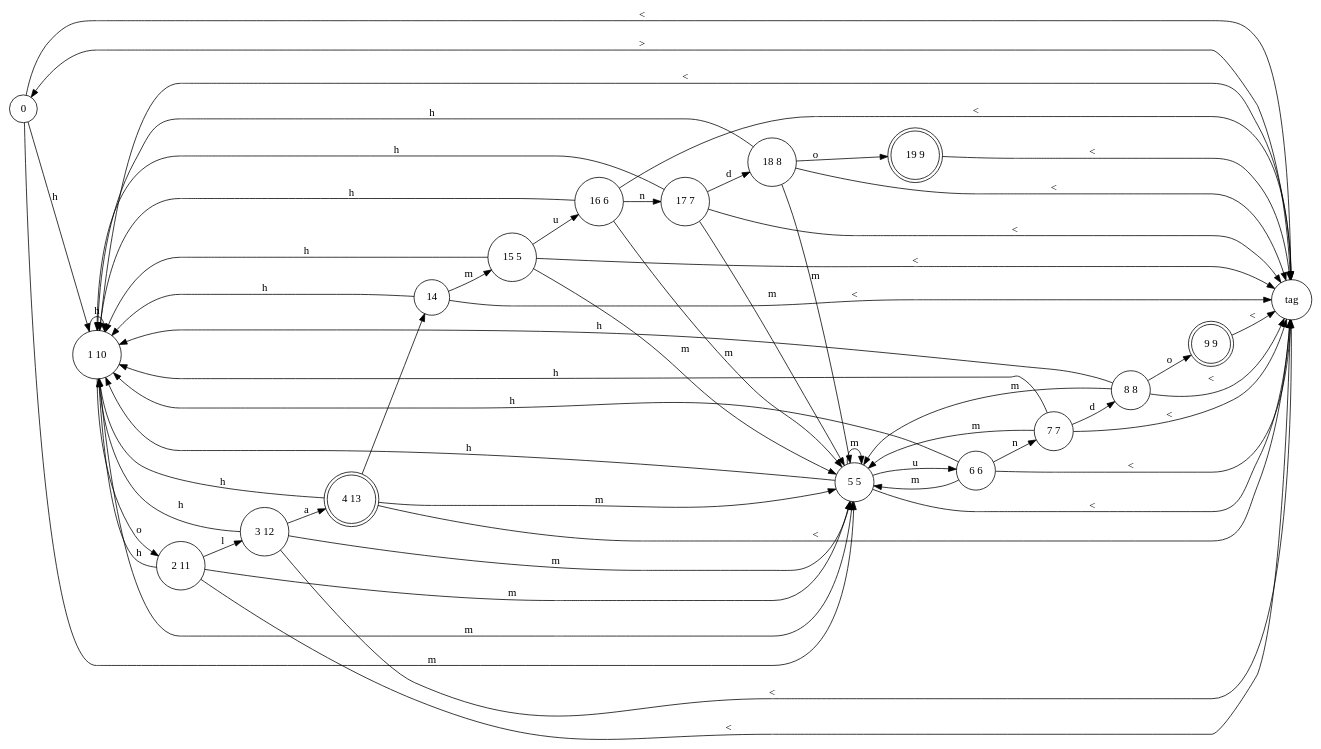
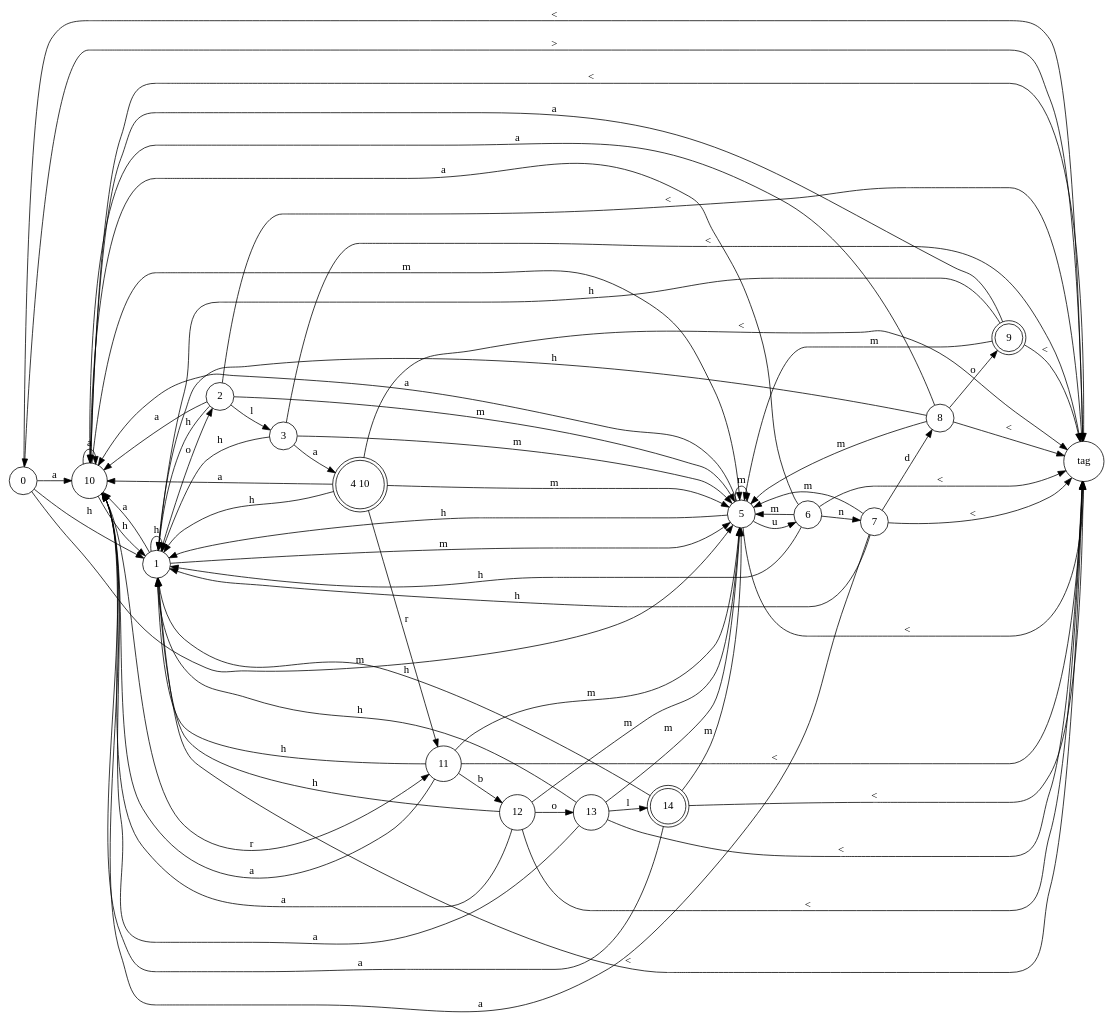
One commit to GdeAchaval/automaton changed the diagram in determinante.dot. Above: the diagram before and after it, drawn with Graphviz. The commit also changed 10 other files, not shown here.

```diff
--- a/determinante.dot
+++ b/determinante.dot
@@ -1,80 +1,94 @@
 digraph {
 rankdir = "LR";
 // NODES
 node [shape=circle] Node_0[label="0"];
-node [shape=circle] Node_1_10[label="1 10"];
+node [shape=circle] Node_10[label="10"];
+node [shape=circle] Node_1[label="1"];
 node [shape=circle] Node_tag[label="tag"];
-node [shape=circle] Node_5_5[label="5 5"];
-node [shape=circle] Node_2_11[label="2 11"];
-node [shape=circle] Node_6_6[label="6 6"];
-node [shape=circle] Node_3_12[label="3 12"];
-node [shape=circle] Node_7_7[label="7 7"];
-node [shape=doublecircle] Node_4_13[label="4 13"];
-node [shape=circle] Node_8_8[label="8 8"];
-node [shape=circle] Node_14[label="14"];
-node [shape=doublecircle] Node_9_9[label="9 9"];
-node [shape=circle] Node_15_5[label="15 5"];
-node [shape=circle] Node_16_6[label="16 6"];
-node [shape=circle] Node_17_7[label="17 7"];
-node [shape=circle] Node_18_8[label="18 8"];
-node [shape=doublecircle] Node_19_9[label="19 9"];
+node [shape=circle] Node_5[label="5"];
+node [shape=circle] Node_11[label="11"];
+node [shape=circle] Node_2[label="2"];
+node [shape=circle] Node_6[label="6"];
+node [shape=circle] Node_12[label="12"];
+node [shape=circle] Node_3[label="3"];
+node [shape=circle] Node_7[label="7"];
+node [shape=circle] Node_13[label="13"];
+node [shape=doublecircle] Node_4_10[label="4 10"];
+node [shape=circle] Node_8[label="8"];
+node [shape=doublecircle] Node_14[label="14"];
+node [shape=doublecircle] Node_9[label="9"];
 
 // TRANSITIONS
-Node_0 -> Node_1_10 [label="h"];
+Node_0 -> Node_10 [label="a"];
+Node_0 -> Node_1 [label="h"];
 Node_0 -> Node_tag [label="<"];
-Node_0 -> Node_5_5 [label="m"];
-Node_1_10 -> Node_1_10 [label="h"];
-Node_1_10 -> Node_tag [label="<"];
-Node_1_10 -> Node_5_5 [label="m"];
-Node_1_10 -> Node_2_11 [label="o"];
+Node_0 -> Node_5 [label="m"];
+Node_10 -> Node_10 [label="a"];
+Node_10 -> Node_11 [label="r"];
+Node_10 -> Node_1 [label="h"];
+Node_10 -> Node_tag [label="<"];
+Node_10 -> Node_5 [label="m"];
+Node_1 -> Node_10 [label="a"];
+Node_1 -> Node_1 [label="h"];
+Node_1 -> Node_tag [label="<"];
+Node_1 -> Node_5 [label="m"];
+Node_1 -> Node_2 [label="o"];
 Node_tag -> Node_0 [label=">"];
-Node_5_5 -> Node_6_6 [label="u"];
-Node_5_5 -> Node_1_10 [label="h"];
-Node_5_5 -> Node_tag [label="<"];
-Node_5_5 -> Node_5_5 [label="m"];
-Node_2_11 -> Node_1_10 [label="h"];
-Node_2_11 -> Node_tag [label="<"];
-Node_2_11 -> Node_3_12 [label="l"];
-Node_2_11 -> Node_5_5 [label="m"];
-Node_6_6 -> Node_1_10 [label="h"];
-Node_6_6 -> Node_tag [label="<"];
-Node_6_6 -> Node_5_5 [label="m"];
-Node_6_6 -> Node_7_7 [label="n"];
-Node_3_12 -> Node_4_13 [label="a"];
-Node_3_12 -> Node_1_10 [label="h"];
-Node_3_12 -> Node_tag [label="<"];
-Node_3_12 -> Node_5_5 [label="m"];
-Node_7_7 -> Node_8_8 [label="d"];
-Node_7_7 -> Node_1_10 [label="h"];
-Node_7_7 -> Node_tag [label="<"];
-Node_7_7 -> Node_5_5 [label="m"];
-Node_4_13 -> Node_14 [label=" "];
-Node_4_13 -> Node_1_10 [label="h"];
-Node_4_13 -> Node_tag [label="<"];
-Node_4_13 -> Node_5_5 [label="m"];
-Node_8_8 -> Node_1_10 [label="h"];
-Node_8_8 -> Node_tag [label="<"];
-Node_8_8 -> Node_5_5 [label="m"];
-Node_8_8 -> Node_9_9 [label="o"];
-Node_14 -> Node_1_10 [label="h"];
+Node_5 -> Node_10 [label="a"];
+Node_5 -> Node_6 [label="u"];
+Node_5 -> Node_1 [label="h"];
+Node_5 -> Node_tag [label="<"];
+Node_5 -> Node_5 [label="m"];
+Node_11 -> Node_10 [label="a"];
+Node_11 -> Node_12 [label="b"];
+Node_11 -> Node_1 [label="h"];
+Node_11 -> Node_tag [label="<"];
+Node_11 -> Node_5 [label="m"];
+Node_2 -> Node_10 [label="a"];
+Node_2 -> Node_1 [label="h"];
+Node_2 -> Node_tag [label="<"];
+Node_2 -> Node_3 [label="l"];
+Node_2 -> Node_5 [label="m"];
+Node_6 -> Node_10 [label="a"];
+Node_6 -> Node_1 [label="h"];
+Node_6 -> Node_tag [label="<"];
+Node_6 -> Node_5 [label="m"];
+Node_6 -> Node_7 [label="n"];
+Node_12 -> Node_10 [label="a"];
+Node_12 -> Node_1 [label="h"];
+Node_12 -> Node_tag [label="<"];
+Node_12 -> Node_5 [label="m"];
+Node_12 -> Node_13 [label="o"];
+Node_3 -> Node_4_10 [label="a"];
+Node_3 -> Node_1 [label="h"];
+Node_3 -> Node_tag [label="<"];
+Node_3 -> Node_5 [label="m"];
+Node_7 -> Node_10 [label="a"];
+Node_7 -> Node_8 [label="d"];
+Node_7 -> Node_1 [label="h"];
+Node_7 -> Node_tag [label="<"];
+Node_7 -> Node_5 [label="m"];
+Node_13 -> Node_10 [label="a"];
+Node_13 -> Node_1 [label="h"];
+Node_13 -> Node_tag [label="<"];
+Node_13 -> Node_14 [label="l"];
+Node_13 -> Node_5 [label="m"];
+Node_4_10 -> Node_10 [label="a"];
+Node_4_10 -> Node_11 [label="r"];
+Node_4_10 -> Node_1 [label="h"];
+Node_4_10 -> Node_tag [label="<"];
+Node_4_10 -> Node_5 [label="m"];
+Node_8 -> Node_10 [label="a"];
+Node_8 -> Node_1 [label="h"];
+Node_8 -> Node_tag [label="<"];
+Node_8 -> Node_5 [label="m"];
+Node_8 -> Node_9 [label="o"];
+Node_14 -> Node_10 [label="a"];
+Node_14 -> Node_1 [label="h"];
 Node_14 -> Node_tag [label="<"];
-Node_14 -> Node_15_5 [label="m"];
-Node_9_9 -> Node_tag [label="<"];
-Node_15_5 -> Node_16_6 [label="u"];
-Node_15_5 -> Node_1_10 [label="h"];
-Node_15_5 -> Node_tag [label="<"];
-Node_15_5 -> Node_5_5 [label="m"];
-Node_16_6 -> Node_1_10 [label="h"];
-Node_16_6 -> Node_tag [label="<"];
-Node_16_6 -> Node_5_5 [label="m"];
-Node_16_6 -> Node_17_7 [label="n"];
-Node_17_7 -> Node_18_8 [label="d"];
-Node_17_7 -> Node_1_10 [label="h"];
-Node_17_7 -> Node_tag [label="<"];
-Node_17_7 -> Node_5_5 [label="m"];
-Node_18_8 -> Node_1_10 [label="h"];
-Node_18_8 -> Node_tag [label="<"];
-Node_18_8 -> Node_5_5 [label="m"];
-Node_18_8 -> Node_19_9 [label="o"];
-Node_19_9 -> Node_tag [label="<"];
+Node_14 -> Node_5 [label="m"];
+Node_9 -> Node_10 [label="a"];
+Node_9 -> Node_1 [label="h"];
+Node_9 -> Node_tag [label="<"];
+Node_9 -> Node_5 [label="m"];
 }
```
